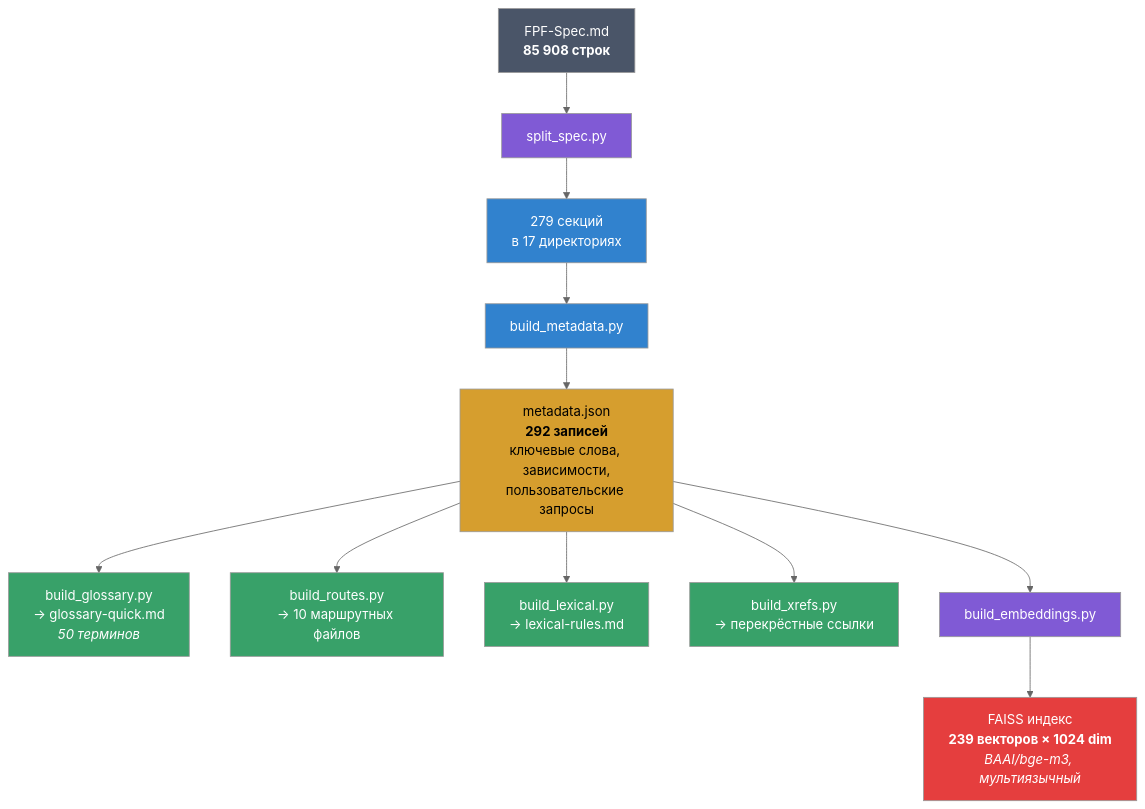
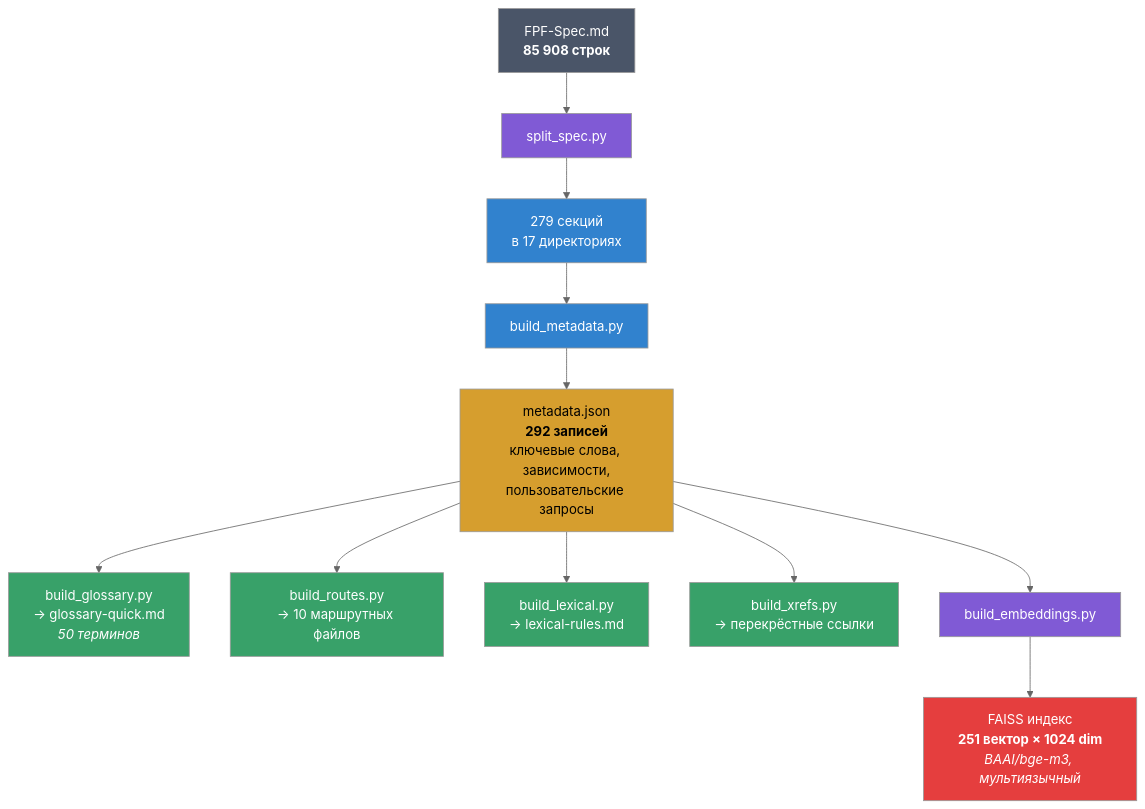
One commit to pokrovskiyv/FPF-agent changed the fourth of 4 diagrams in Readme.md. Above: the diagram before and after it, drawn with Mermaid (neutral theme). The commit also changed other lines of this file and 2 other files, not shown here.

First line of the commit message:
docs: rebuild local FAISS index (239 → 251 vectors) and correct embeddings figures in Readme

````diff
--- a/Readme.md
+++ b/Readme.md
@@ -217,25 +217,25 @@
 ```mermaid
 graph TD
     Spec["FPF-Spec.md<br/><b>85 908 строк</b>"] --> Split["split_spec.py"]
     Split --> Sections["279 секций<br/>в 17 директориях"]
     Sections --> Meta["build_metadata.py"]
     Meta --> MetaJSON["metadata.json<br/><b>292 записей</b><br/>ключевые слова, зависимости,<br/>пользовательские запросы"]
     MetaJSON --> Gloss["build_glossary.py<br/>→ glossary-quick.md<br/><i>50 терминов</i>"]
     MetaJSON --> Routes["build_routes.py<br/>→ 10 маршрутных файлов"]
     MetaJSON --> Lex["build_lexical.py<br/>→ lexical-rules.md"]
     MetaJSON --> XRef["build_xrefs.py<br/>→ перекрёстные ссылки"]
     MetaJSON --> Emb["build_embeddings.py"]
-    Emb --> FAISS["FAISS индекс<br/><b>239 векторов × 1024 dim</b><br/><i>BAAI/bge-m3, мультиязычный</i>"]
+    Emb --> FAISS["FAISS индекс<br/><b>251 вектор × 1024 dim</b><br/><i>BAAI/bge-m3, мультиязычный</i>"]
 
     style Spec fill:#4a5568,color:#fff
     style Split fill:#805ad5,color:#fff
     style Sections fill:#3182ce,color:#fff
     style Meta fill:#3182ce,color:#fff
     style MetaJSON fill:#d69e2e,color:#000
     style Gloss fill:#38a169,color:#fff
     style Routes fill:#38a169,color:#fff
     style Lex fill:#38a169,color:#fff
     style XRef fill:#38a169,color:#fff
     style Emb fill:#805ad5,color:#fff
     style FAISS fill:#e53e3e,color:#fff
 ```
````
